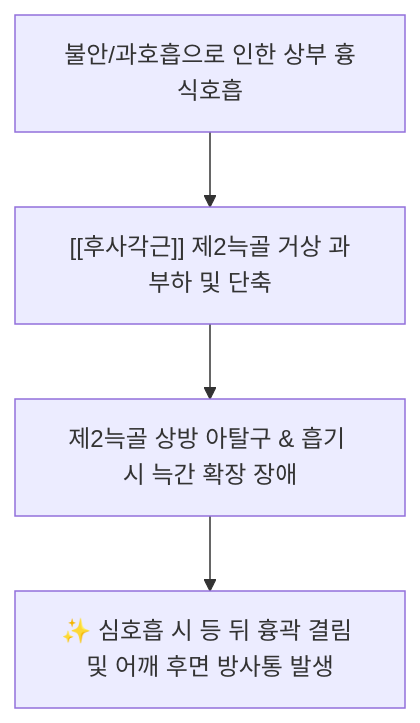
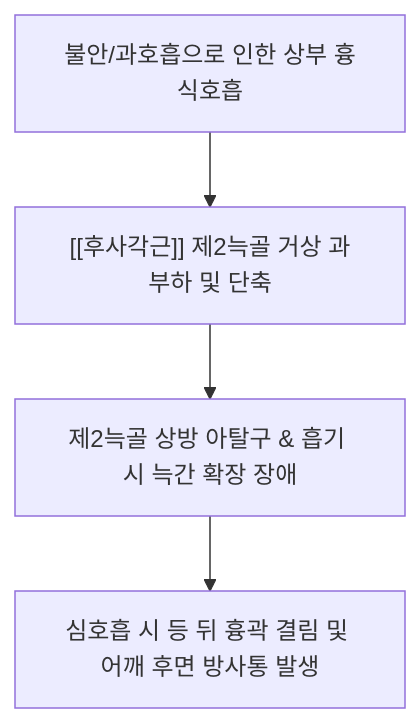
Before and after one commit to simbio11/simbio-digital-garden2: the second of 3 diagrams in content/1. 근골격계 공부/근육/(2) 경부/후사각근.md, drawn with Mermaid. The commit also changed other lines of this file and 150 other files, not shown here.

````diff
--- a/content/1. 근골격계 공부/근육/(2) 경부/후사각근.md
+++ b/content/1. 근골격계 공부/근육/(2) 경부/후사각근.md
@@ -48,6 +64,6 @@
 ```mermaid
 graph TD
     ApicalBreathing["불안/과호흡으로 인한 상부 흉식호흡"] --> PosteriorScaleneSpasm["[[후사각근]] 제2늑골 거상 과부하 및 단축"]
     PosteriorScaleneSpasm --> Rib2Fixation["제2늑골 상방 아탈구 & 흡기 시 늑간 확장 장애"]
-    Rib2Fixation --> ThoracicPain["✨ 심호흡 시 등 뒤 흉곽 결림 및 어깨 후면 방사통 발생"]
+    Rib2Fixation --> ThoracicPain["심호흡 시 등 뒤 흉곽 결림 및 어깨 후면 방사통 발생"]
 ```
````
